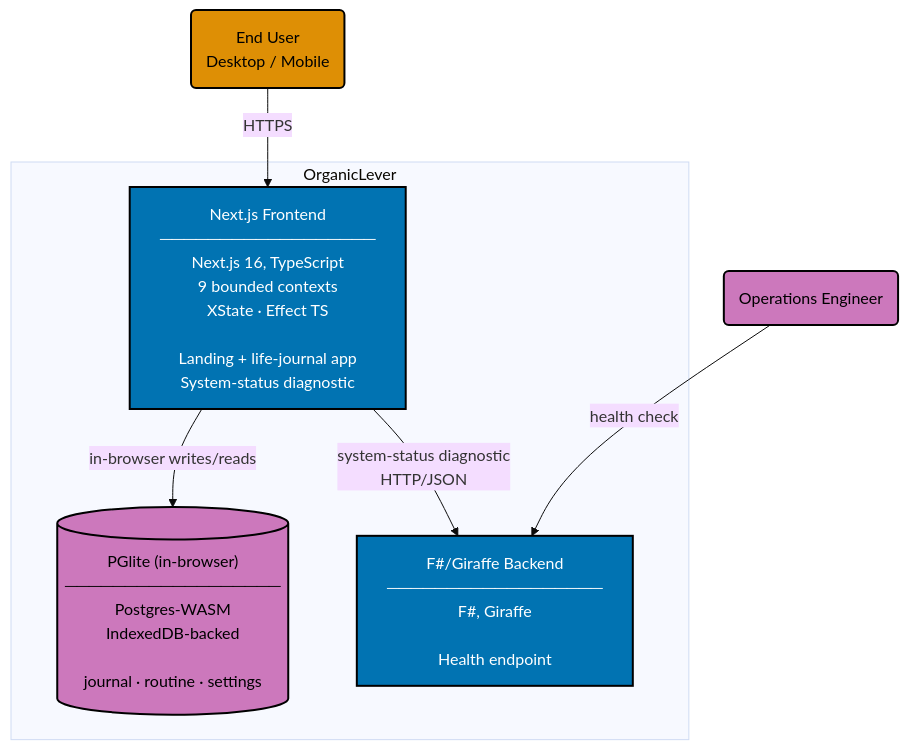
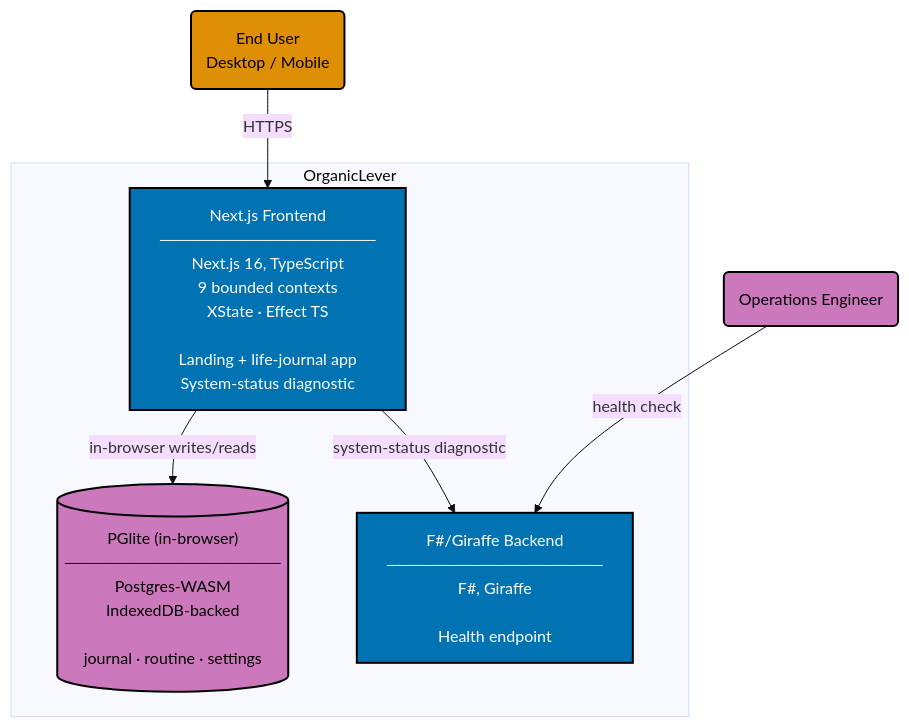
Before and after one commit to wahidyankf/open-sharia-enterprise: the diagram in specs/apps/organiclever/containers/container.md, drawn with Mermaid (base theme). The commit also changed 2 other files, not shown here.

````diff
--- a/specs/apps/organiclever/containers/container.md
+++ b/specs/apps/organiclever/containers/container.md
@@ -15,26 +15,26 @@
 ```mermaid
 %% Color Palette: Blue #0173B2 | Orange #DE8F05 | Teal #029E73 | Purple #CC78BC | Brown #CA9161 | Gray #808080
 graph TD
     EU("End User<br/>Desktop / Mobile"):::actor
     OPS("Operations Engineer"):::actor_ops
 
     subgraph SYSTEM["OrganicLever"]
         FE["Next.js Frontend<br/>──────────────────<br/>Next.js 16, TypeScript<br/>9 bounded contexts<br/>XState · Effect TS<br/><br/>Landing + life-journal app<br/>System-status diagnostic"]:::container_fe
 
         PGLITE[("PGlite (in-browser)<br/>──────────────────<br/>Postgres-WASM<br/>IndexedDB-backed<br/><br/>journal · routine · settings")]:::storage
 
         BE["F#/Giraffe Backend<br/>──────────────────<br/>F#, Giraffe<br/><br/>Health endpoint"]:::container_be
     end
 
-    EU -->|"HTTPS"| FE
-    OPS -->|"health check"| BE
+    EU -- "HTTPS" --> FE
+    OPS -- "health check" --> BE
 
-    FE -->|"in-browser writes/reads"| PGLITE
-    FE -->|"system-status diagnostic<br/>HTTP/JSON"| BE
+    FE -- "in-browser writes/reads" --> PGLITE
+    FE -- "system-status diagnostic" --> BE
 
     classDef actor fill:#DE8F05,stroke:#000000,color:#000000,stroke-width:2px
     classDef actor_ops fill:#CC78BC,stroke:#000000,color:#000000,stroke-width:2px
     classDef container_fe fill:#0173B2,stroke:#000000,color:#FFFFFF,stroke-width:2px
     classDef container_be fill:#0173B2,stroke:#000000,color:#FFFFFF,stroke-width:2px
     classDef storage fill:#CC78BC,stroke:#000000,color:#000000,stroke-width:2px
 ```
````
